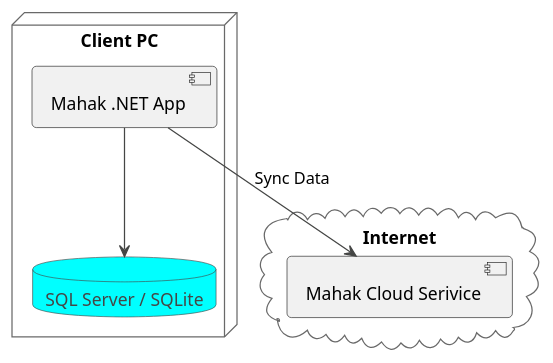
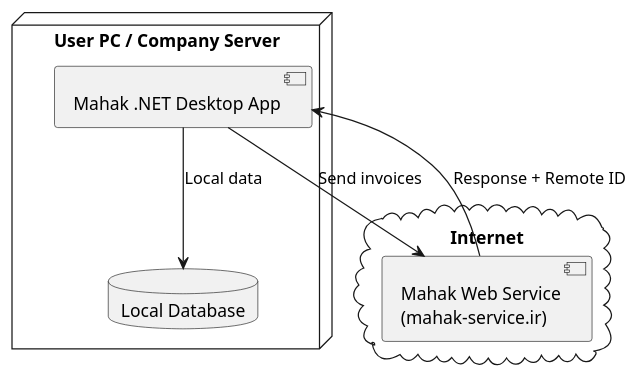
The diagram in Documents/mahak_migration/puml/deployment_diagram.puml (aghili/Documents), drawn with PlantUML before and after one commit. The commit also changed 6 other files, not shown here.

Commit message:
update diagrams

```diff
--- a/Documents/mahak_migration/puml/deployment_diagram.puml
+++ b/Documents/mahak_migration/puml/deployment_diagram.puml
@@ -1,15 +1,15 @@
 @startuml
-!theme vibrant
-' ۶. Deployment Diagram
-node "Client PC" {
-  [Mahak .NET App] as App
-  database "SQL Server / SQLite" as DB
+' 6. Deployment Diagram
+node "User PC / Company Server" {
+  [Mahak .NET Desktop App] as App
+  database "Local Database" as DB
 }
 
 cloud "Internet" {
-  [Mahak Cloud Serivice] as API
+  [Mahak Web Service\n(mahak-service.ir)] as MWS
 }
 
-App --> DB
-App --> API : Sync Data
+App --> DB : Local data
+App --> MWS : Send invoices
+MWS --> App : Response + Remote ID
 @enduml
```
